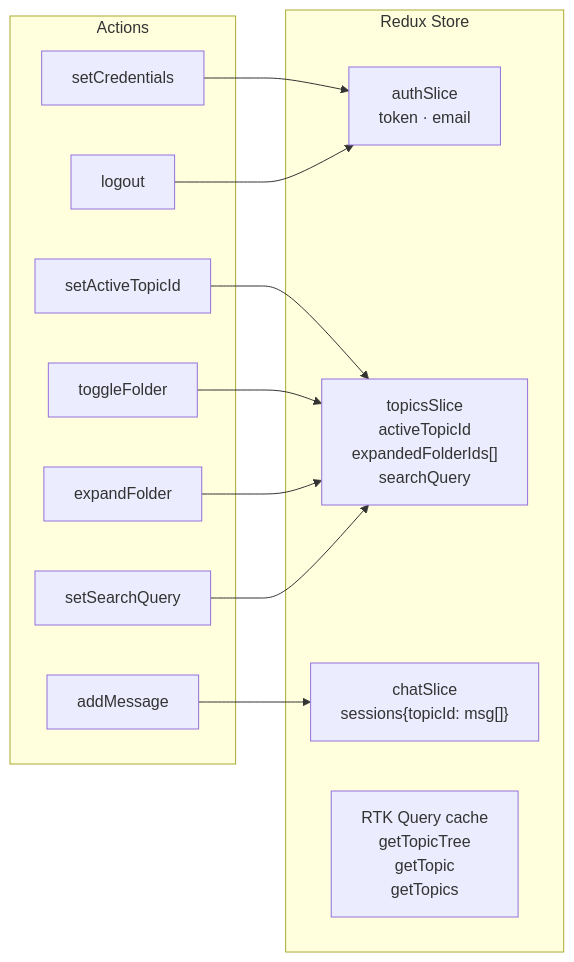
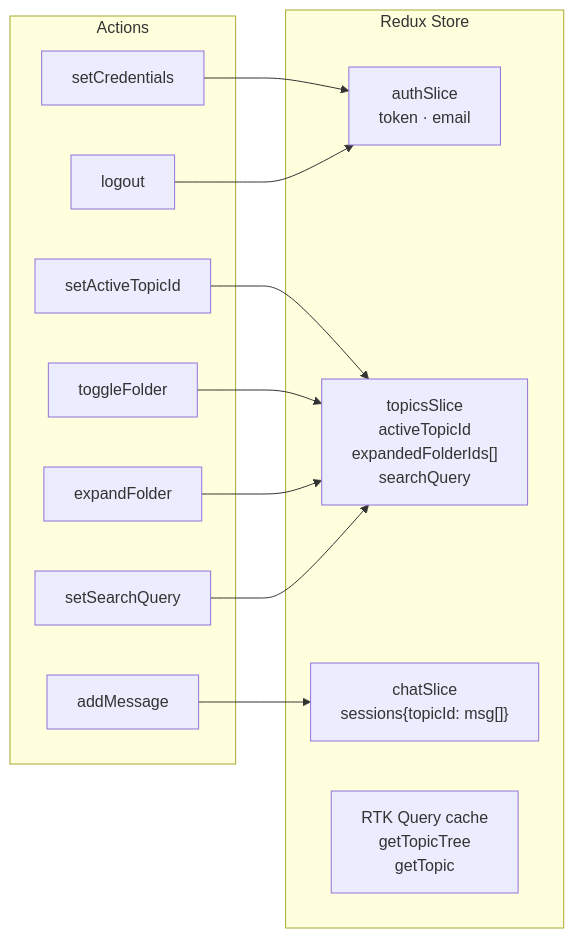
Before and after one commit to Halderpritam123/custom-notebook: the second of 5 diagrams in frontend/FRONTEND.md, drawn with Mermaid. The commit also changed other lines of this file and 51 other files, not shown here.

````diff
--- a/frontend/FRONTEND.md
+++ b/frontend/FRONTEND.md
@@ -115,27 +112,27 @@
 ```mermaid
 graph LR
     subgraph Redux["Redux Store"]
         Auth["authSlice\ntoken · email"]
         Topics["topicsSlice\nactiveTopicId\nexpandedFolderIds[]\nsearchQuery"]
         Chat["chatSlice\nsessions{topicId: msg[]}"]
-        Cache["RTK Query cache\ngetTopicTree\ngetTopic\ngetTopics"]
+        Cache["RTK Query cache\ngetTopicTree\ngetTopic"]
     end
 
     subgraph Actions
         Login["setCredentials"]
         Logout["logout"]
         Select["setActiveTopicId"]
         Toggle["toggleFolder"]
         Expand["expandFolder"]
         Search["setSearchQuery"]
         AddMsg["addMessage"]
     end
 
     Login --> Auth
     Logout --> Auth
     Select --> Topics
     Toggle --> Topics
     Expand --> Topics
     Search --> Topics
     AddMsg --> Chat
 ```
````
